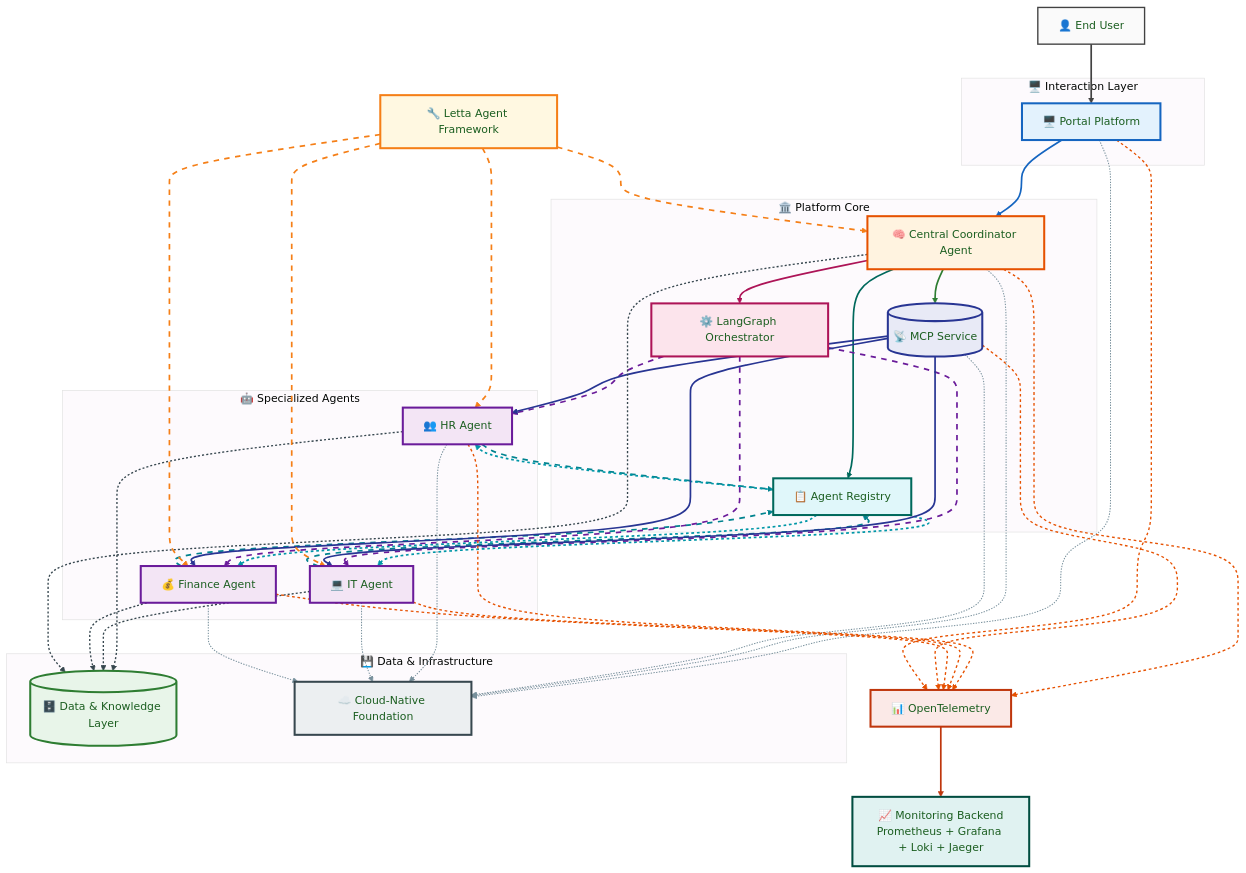
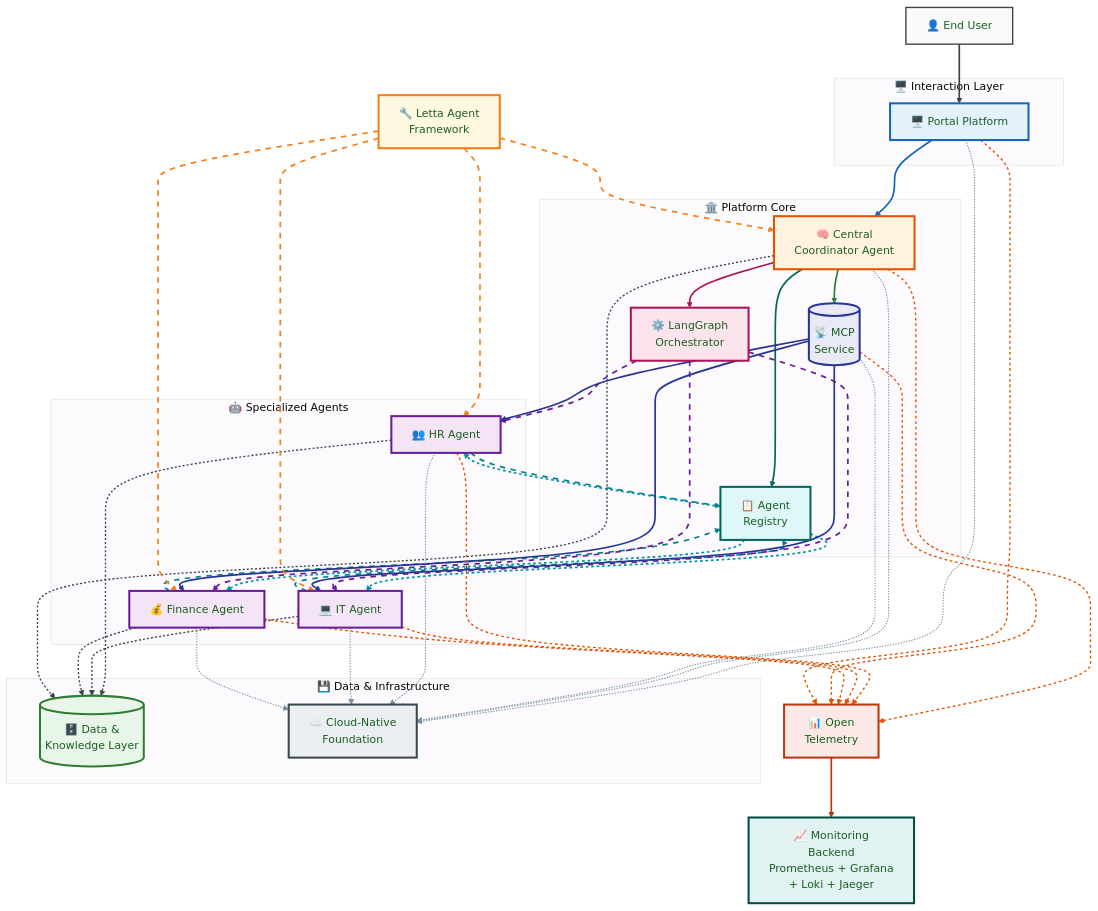
One commit to ponian/aiebok changed the first of 7 diagrams in book/chapter-02.md. Above: the diagram before and after it, drawn with Mermaid.

Commit message:
修正架構圖文字截斷：長標籤改用 br 換行

```diff
--- a/book/chapter-02.md
+++ b/book/chapter-02.md
@@ -36,11 +36,11 @@
 }}%%
 graph TD
     User[👤 End User] --> Portal[🖥️ Portal Platform]
-    Portal --> CCA[🧠 Central Coordinator Agent]
+    Portal --> CCA[🧠 Central<br/>Coordinator Agent]
 
-    CCA --> MCPSvc[(📡 MCP Service)]
-    CCA --> LangGraph[⚙️ LangGraph Orchestrator]
-    CCA --> AgentReg[📋 Agent Registry]
+    CCA --> MCPSvc[(📡 MCP<br/>Service)]
+    CCA --> LangGraph[⚙️ LangGraph<br/>Orchestrator]
+    CCA --> AgentReg[📋 Agent<br/>Registry]
 
     HRAgent --> AgentReg
     ITAgent --> AgentReg
@@ -57,7 +57,7 @@
     MCPSvc --> ITAgent
     MCPSvc --> FinAgent
 
-    HRAgent --> DataLayer[(🗄️ Data & Knowledge Layer)]
+    HRAgent --> DataLayer[(🗄️ Data &<br/>Knowledge Layer)]
     ITAgent --> DataLayer
     FinAgent --> DataLayer
     CCA --> DataLayer
@@ -81,7 +81,7 @@
 
     subgraph DataInfra["💾 Data & Infrastructure"]
         DataLayer
-        CloudNative[☁️ Cloud-Native Foundation]
+        CloudNative[☁️ Cloud-Native<br/>Foundation]
     end
 
     Portal -.-> CloudNative
@@ -91,12 +91,12 @@
     ITAgent -.-> CloudNative
     FinAgent -.-> CloudNative
 
-    Letta[🔧 Letta Agent Framework] -.-> CCA
+    Letta[🔧 Letta Agent<br/>Framework] -.-> CCA
     Letta -.-> HRAgent
     Letta -.-> ITAgent
     Letta -.-> FinAgent
 
-    OTel[📊 OpenTelemetry] --> Monitoring[📈 Monitoring Backend<br/>Prometheus + Grafana + Loki + Jaeger]
+    OTel[📊 Open<br/>Telemetry] --> Monitoring[📈 Monitoring<br/>Backend<br/>Prometheus + Grafana<br/>+ Loki + Jaeger]
     CCA -.-> OTel
     HRAgent -.-> OTel
     ITAgent -.-> OTel
```
